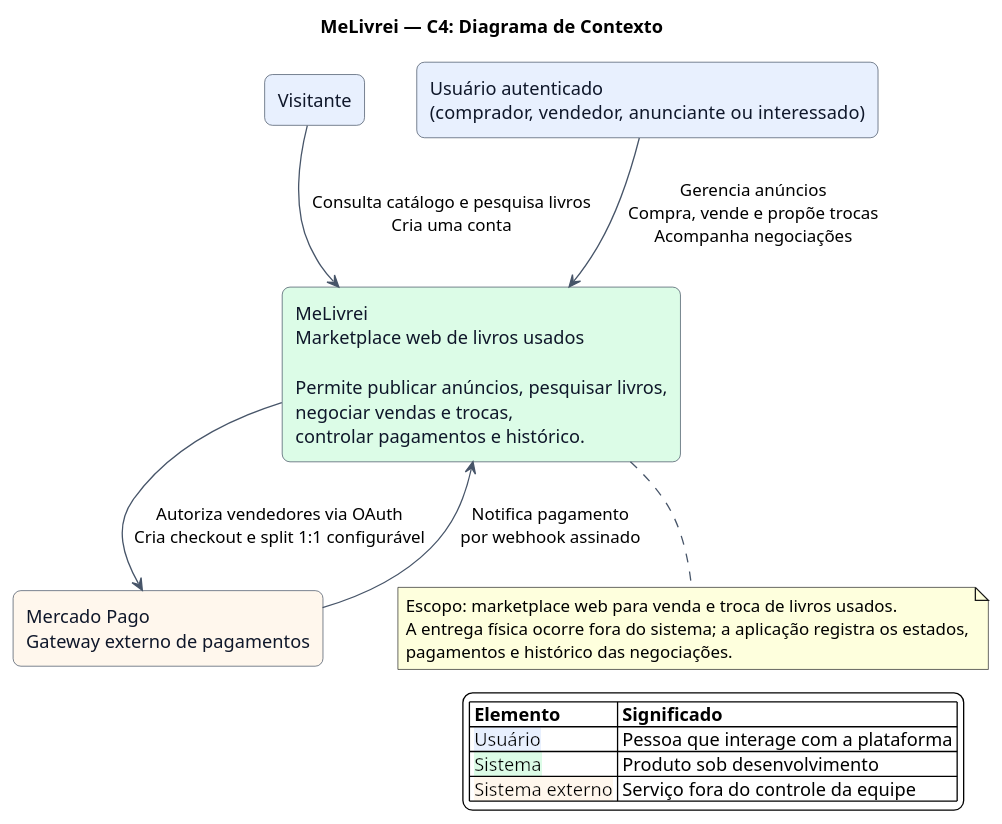
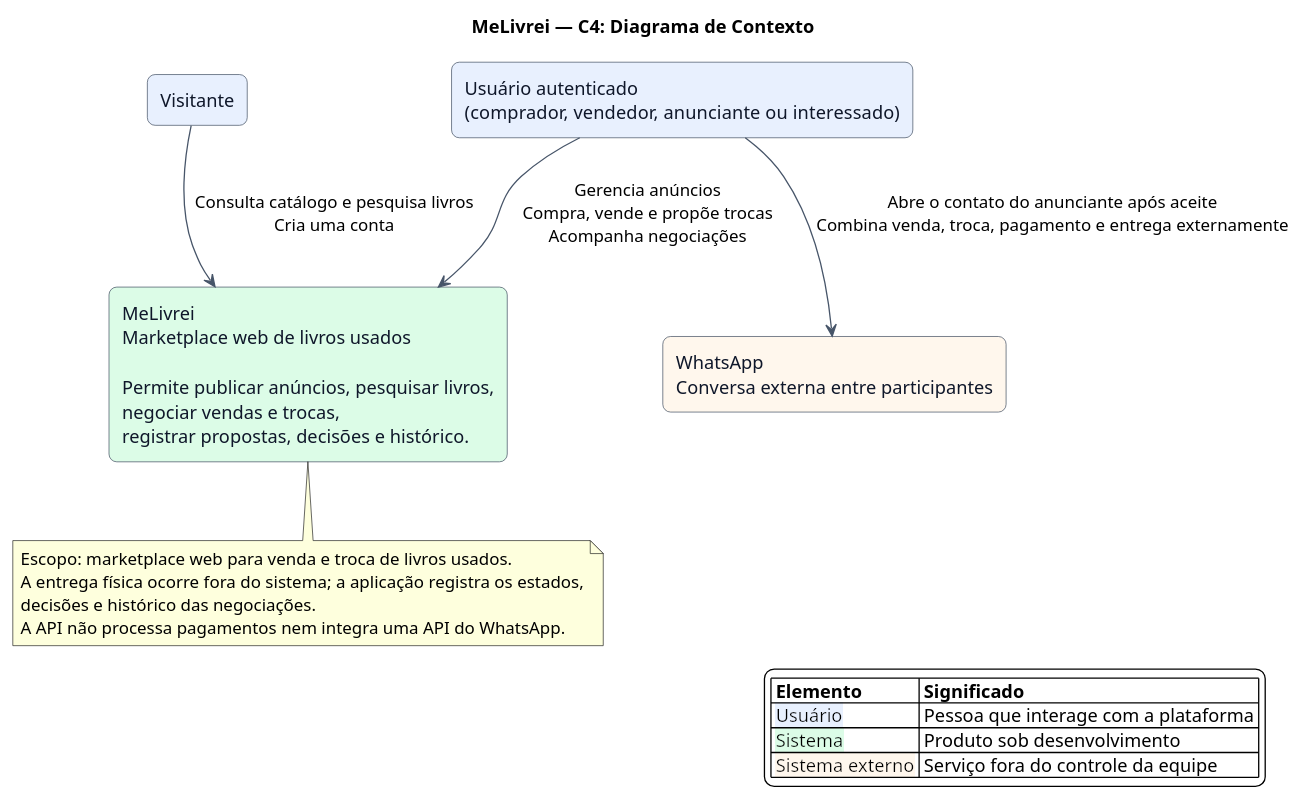
One commit to BuysCode/melivrei changed the diagram in docs/arquitetura/c4-contexto.puml. Above: the diagram before and after it, drawn with PlantUML. The commit also changed 49 other files, not shown here.

First line of the commit message:
feat(negotiations)!: replace Mercado Pago with external contact

```diff
--- a/docs/arquitetura/c4-contexto.puml
+++ b/docs/arquitetura/c4-contexto.puml
@@ -1,40 +1,41 @@
 @startuml c4-contexto
 
 title MeLivrei — C4: Diagrama de Contexto
 
 skinparam backgroundColor #FFFFFF
 skinparam shadowing false
 skinparam defaultFontName Arial
 skinparam ArrowColor #475569
 skinparam rectangle {
     BorderColor #334155
     FontColor #0F172A
     RoundCorner 12
 }
 
 rectangle "Visitante" as visitante #E8F0FE
 rectangle "Usuário autenticado\n(comprador, vendedor, anunciante ou interessado)" as usuario #E8F0FE
 
-rectangle "MeLivrei\nMarketplace web de livros usados\n\nPermite publicar anúncios, pesquisar livros,\nnegociar vendas e trocas,\ncontrolar pagamentos e histórico." as sistema #DCFCE7
+rectangle "MeLivrei\nMarketplace web de livros usados\n\nPermite publicar anúncios, pesquisar livros,\nnegociar vendas e trocas,\nregistrar propostas, decisões e histórico." as sistema #DCFCE7
 
-rectangle "Mercado Pago\nGateway externo de pagamentos" as mercadoPago #FFF7ED
+rectangle "WhatsApp\nConversa externa entre participantes" as whatsapp #FFF7ED
 
 visitante --> sistema : Consulta catálogo e pesquisa livros\nCria uma conta
 usuario --> sistema : Gerencia anúncios\nCompra, vende e propõe trocas\nAcompanha negociações
-sistema --> mercadoPago : Autoriza vendedores via OAuth\nCria checkout e split 1:1 configurável
-mercadoPago --> sistema : Notifica pagamento\npor webhook assinado
+
+usuario --> whatsapp : Abre o contato do anunciante após aceite\nCombina venda, troca, pagamento e entrega externamente
 
 legend right
     |= Elemento |= Significado |
     | <back:#E8F0FE>Usuário</back> | Pessoa que interage com a plataforma |
     | <back:#DCFCE7>Sistema</back> | Produto sob desenvolvimento |
     | <back:#FFF7ED>Sistema externo</back> | Serviço fora do controle da equipe |
 endlegend
 
 note bottom of sistema
     Escopo: marketplace web para venda e troca de livros usados.
     A entrega física ocorre fora do sistema; a aplicação registra os estados,
-    pagamentos e histórico das negociações.
+    decisões e histórico das negociações.
+    A API não processa pagamentos nem integra uma API do WhatsApp.
 end note
 
 @enduml
```
